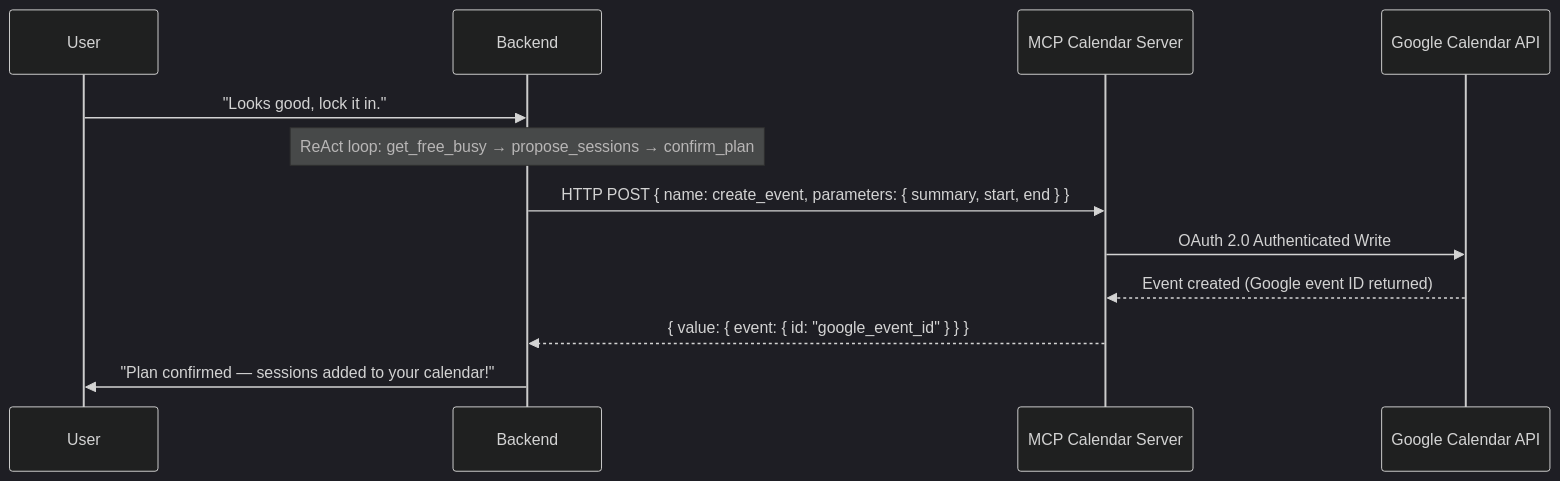
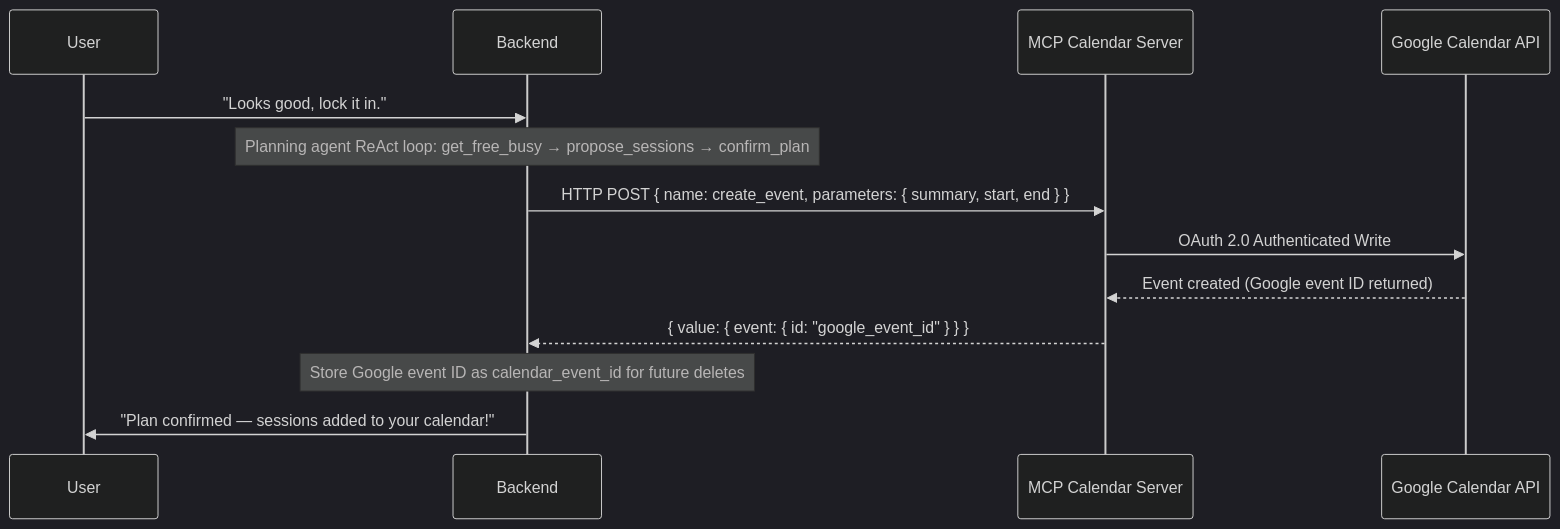
One commit to cacaprog/bloom-learning-app changed the diagram in bloom-capstone-report.md. Above: the diagram before and after it, drawn with Mermaid (dark theme). The commit also changed other lines of this file, not shown here.

````diff
--- a/bloom-capstone-report.md
+++ b/bloom-capstone-report.md
@@ -115,15 +160,16 @@
 ```mermaid
 sequenceDiagram
     participant User
     participant Backend
     participant MCP Calendar Server
     participant Google Calendar API
 
     User->>Backend: "Looks good, lock it in."
-    Note over Backend: ReAct loop: get_free_busy → propose_sessions → confirm_plan
+    Note over Backend: Planning agent ReAct loop: get_free_busy → propose_sessions → confirm_plan
     Backend->>MCP Calendar Server: HTTP POST { name: create_event, parameters: { summary, start, end } }
     MCP Calendar Server->>Google Calendar API: OAuth 2.0 Authenticated Write
     Google Calendar API-->>MCP Calendar Server: Event created (Google event ID returned)
     MCP Calendar Server-->>Backend: { value: { event: { id: "google_event_id" } } }
+    Note over Backend: Store Google event ID as calendar_event_id for future deletes
     Backend->>User: "Plan confirmed — sessions added to your calendar!"
 ```
````
